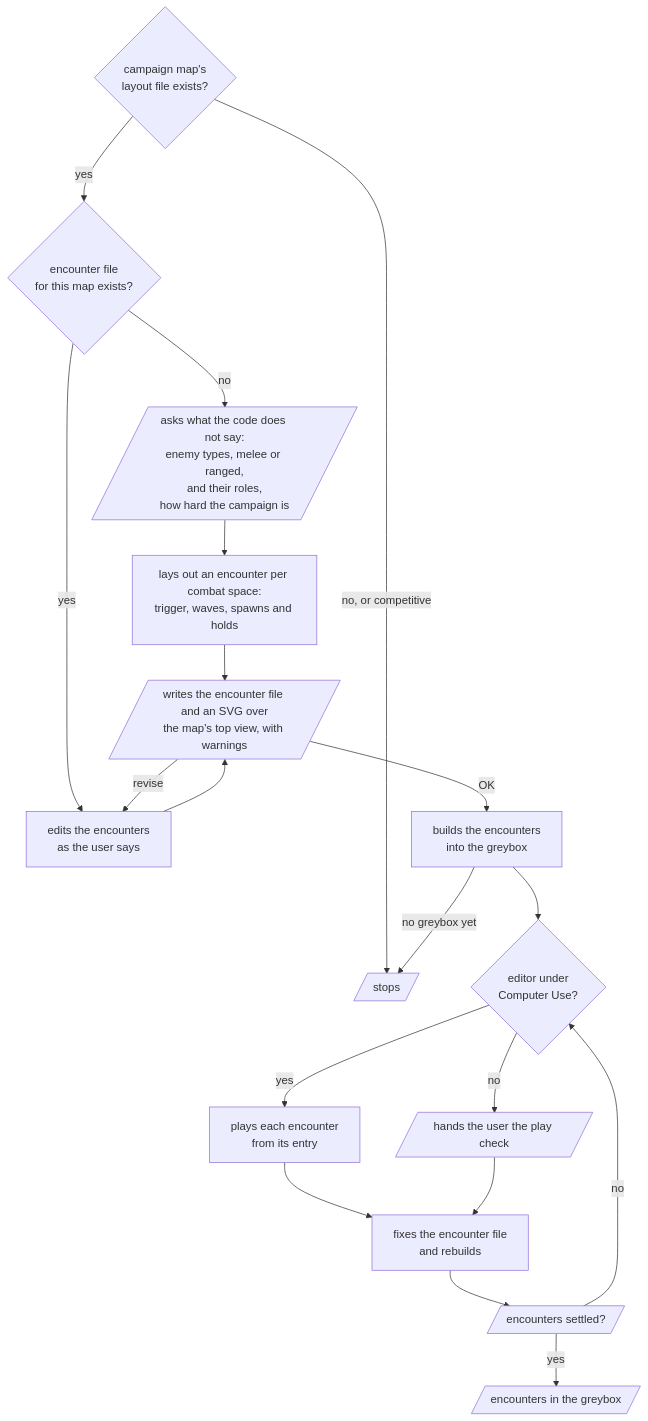
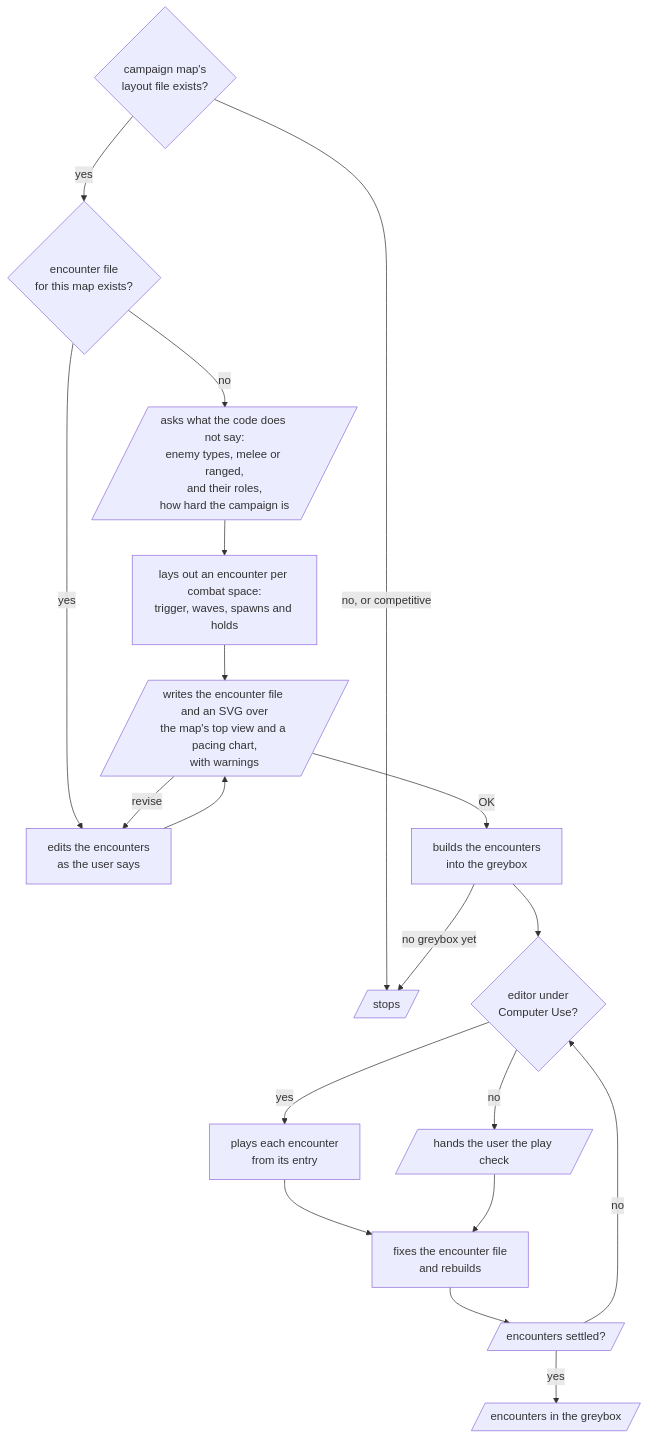
One commit to omni-stove/skill-kit changed the diagram in domains/game/skills/shooter-encounter/README.md. Above: the diagram before and after it, drawn with Mermaid. The commit also changed 66 other files, not shown here.

````diff
--- a/domains/game/skills/shooter-encounter/README.md
+++ b/domains/game/skills/shooter-encounter/README.md
@@ -3,22 +3,22 @@
 ```mermaid
 flowchart TD
   start{campaign map's<br/>layout file exists?}
   start -- "no, or competitive" --> stop[/stops/]
   start -- "yes" --> exists{encounter file<br/>for this map exists?}
   exists -- "no" --> ask[/asks what the code does not say:<br/>enemy types, melee or ranged,<br/>and their roles,<br/>how hard the campaign is/]
   ask --> write[lays out an encounter per combat space:<br/>trigger, waves, spawns and holds]
   exists -- "yes" --> edit[edits the encounters<br/>as the user says]
   write --> view
-  edit --> view[/writes the encounter file and an SVG over<br/>the map's top view, with warnings/]
+  edit --> view[/writes the encounter file and an SVG over<br/>the map's top view and a pacing chart,<br/>with warnings/]
   view -- "revise" --> edit
   view -- "OK" --> build[builds the encounters<br/>into the greybox]
   build -- "no greybox yet" --> stop
   build --> how{editor under<br/>Computer Use?}
   how -- "yes" --> play[plays each encounter<br/>from its entry]
   how -- "no" --> hand[/hands the user the play check/]
   play --> fix[fixes the encounter file<br/>and rebuilds]
   hand --> fix
   fix --> settled[/encounters settled?/]
   settled -- "no" --> how
   settled -- "yes" --> done[/encounters in the greybox/]
 ```
````
